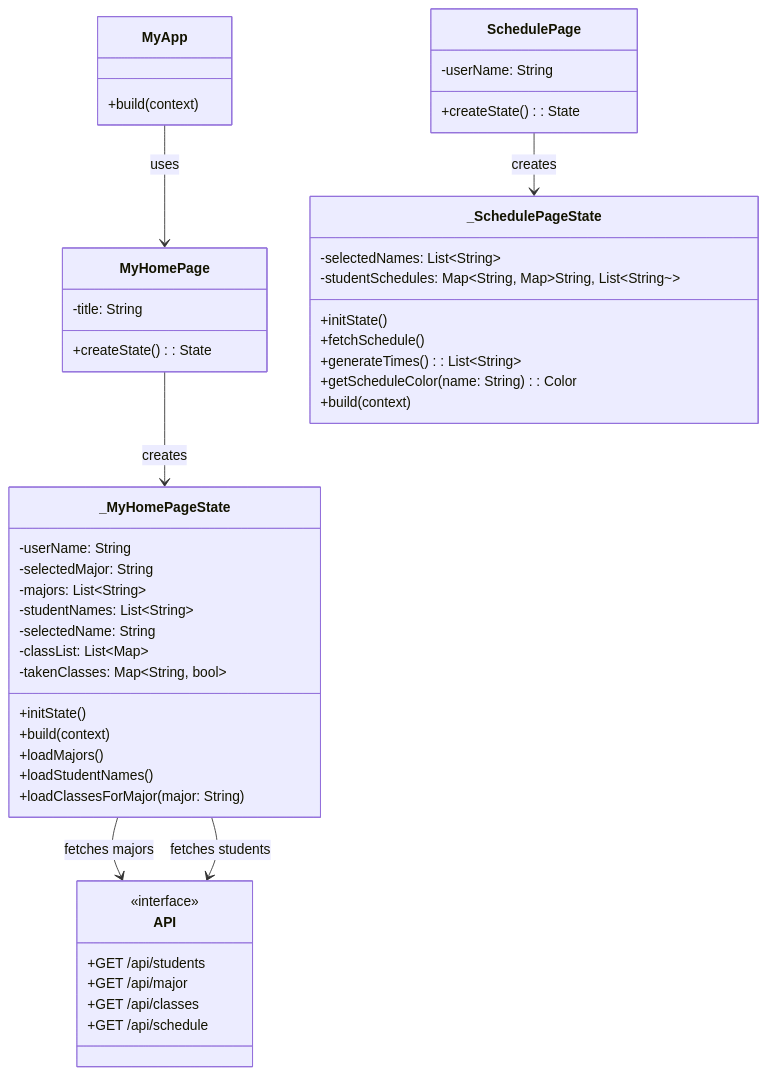
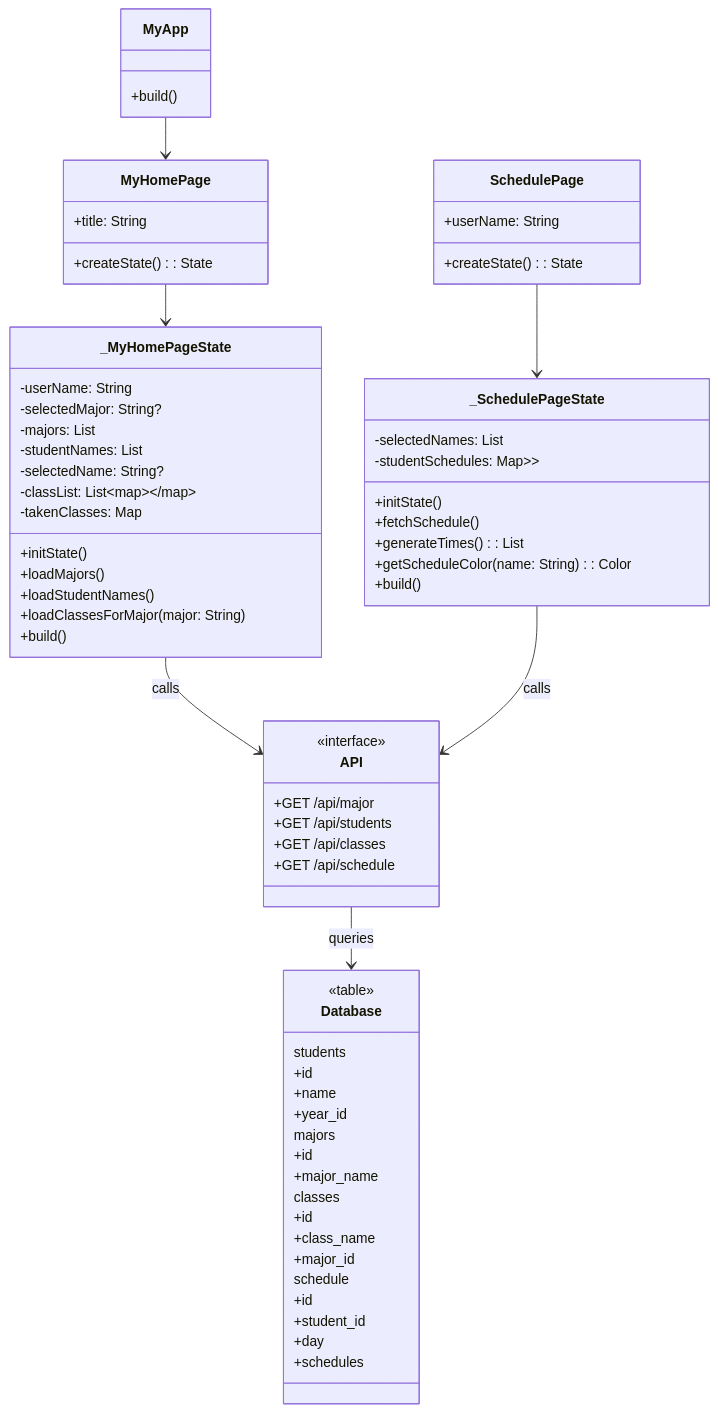
One commit to Isahepi/SchedulingClasses changed the diagram in README1.md. Above: the diagram before and after it, drawn with Mermaid.

Commit message:
Update README1.md
7th

````diff
--- a/README1.md
+++ b/README1.md
@@ -13,56 +13,82 @@
 ```mermaid
 classDiagram
     class MyApp {
-        +build(context)
+        +build()
     }
 
     class MyHomePage {
-        -title: String
+        +title: String
         +createState(): State
     }
 
     class _MyHomePageState {
         -userName: String
-        -selectedMajor: String
-        -majors: List~String~
-        -studentNames: List~String~
-        -selectedName: String
-        -classList: List~Map~
-        -takenClasses: Map~String, bool~
+        -selectedMajor: String?
+        -majors: List<String>
+        -studentNames: List<String>
+        -selectedName: String?
+        -classList: List<Map>
+        -takenClasses: Map<String, bool>
         +initState()
-        +build(context)
         +loadMajors()
         +loadStudentNames()
         +loadClassesForMajor(major: String)
+        +build()
     }
 
     class SchedulePage {
-        -userName: String
+        +userName: String
         +createState(): State
     }
 
     class _SchedulePageState {
-        -selectedNames: List~String~
-        -studentSchedules: Map~String, Map~String, List~String~~
+        -selectedNames: List<String>
+        -studentSchedules: Map<String, Map<String, List<String>>>
         +initState()
         +fetchSchedule()
-        +generateTimes(): List~String~
+        +generateTimes(): List<String>
         +getScheduleColor(name: String): Color
-        +build(context)
+        +build()
     }
 
     class API {
         <<interface>>
+        +GET /api/major
         +GET /api/students
-        +GET /api/major
         +GET /api/classes
         +GET /api/schedule
     }
 
-    MyApp --> MyHomePage : uses
-    MyHomePage --> _MyHomePageState : creates
-    SchedulePage --> _SchedulePageState : creates
-    _MyHomePageState --> API : fetches majors
-    _MyHomePageState --> API : fetches students
-    _MyHomePageState_
+    class Database {
+        <<table>>
+        students
+        +id
+        +name
+        +year_id
+
+        majors
+        +id
+        +major_name
+
+        classes
+        +id
+        +class_name
+        +major_id
+
+        schedule
+        +id
+        +student_id
+        +day
+        +schedules
+    }
+
+    MyApp --> MyHomePage
+    MyHomePage --> _MyHomePageState
+    SchedulePage --> _SchedulePageState
+
+    _MyHomePageState --> API : calls
+    _SchedulePageState --> API : calls
+
+    API --> Database : queries
+
 ```
````
